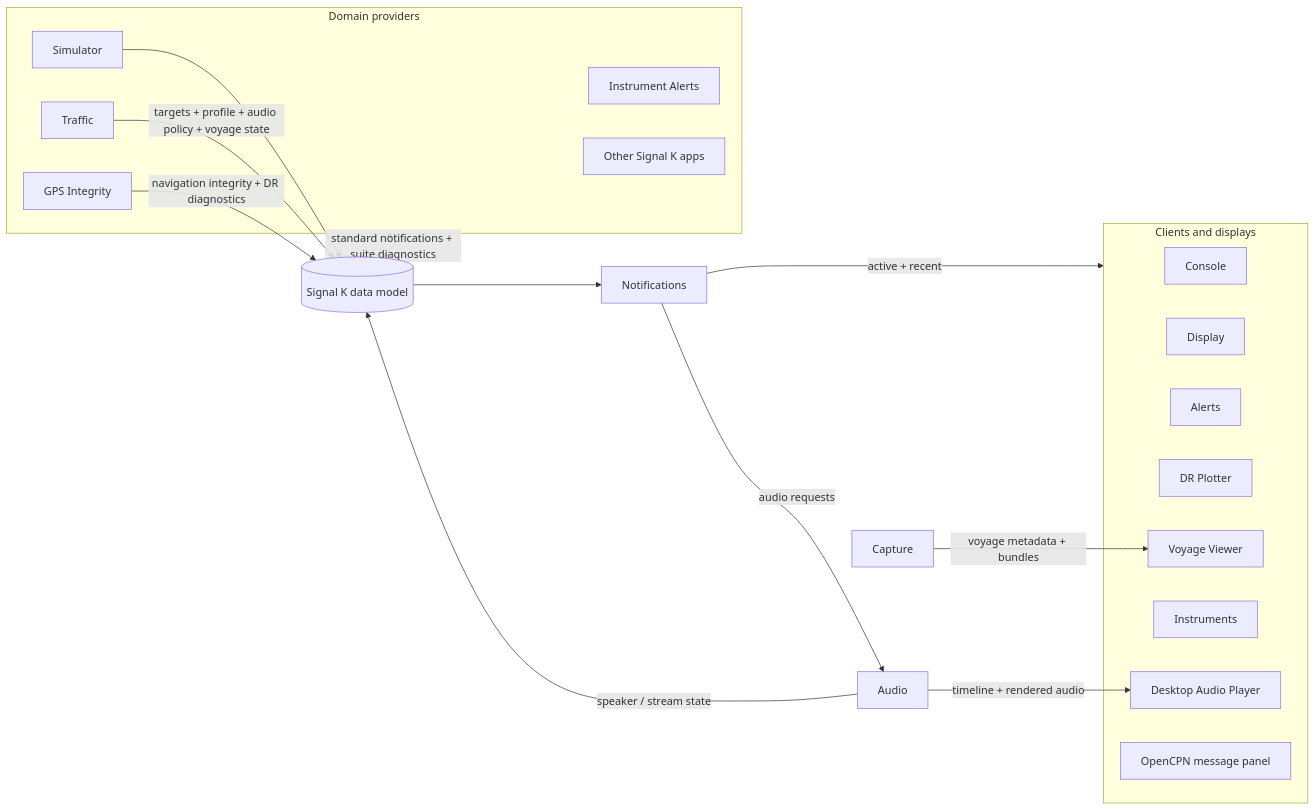
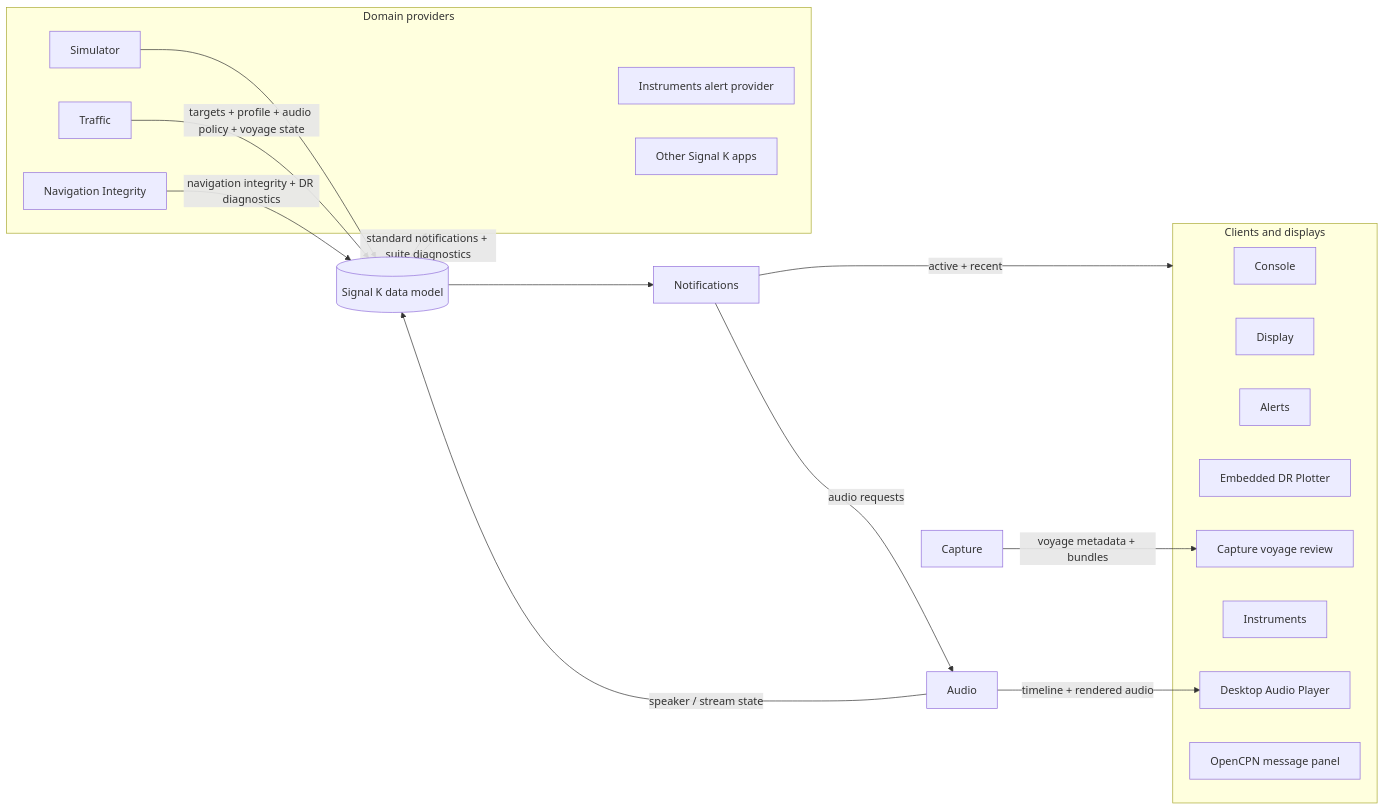
One commit to ajrm-marine-suite/ajrm-marine-architecture changed the diagram in docs/ajrm-marine-suite-architecture-2026.md. Above: the diagram before and after it, drawn with Mermaid. The commit also changed other lines of this file, not shown here.

Commit message:
Document combined navigation integrity architecture

````diff
--- a/docs/ajrm-marine-suite-architecture-2026.md
+++ b/docs/ajrm-marine-suite-architecture-2026.md
@@ -86,39 +84,39 @@
 ```mermaid
 flowchart LR
   SK[("Signal K data model")]
 
   subgraph Providers["Domain providers"]
     Traffic["Traffic"]
-    GPS["GPS Integrity"]
-    InstrAlerts["Instrument Alerts"]
+    GPS["Navigation Integrity"]
+    InstrumentSuite["Instruments alert provider"]
     Sim["Simulator"]
     Other["Other Signal K apps"]
   end
 
   Notifications["Notifications"]
   Audio["Audio"]
   Capture["Capture"]
 
   subgraph Clients["Clients and displays"]
     Console["Console"]
     Display["Display"]
     Alerts["Alerts"]
-    Plotter["DR Plotter"]
-    Viewer["Voyage Viewer"]
+    Plotter["Embedded DR Plotter"]
+    Viewer["Capture voyage review"]
     Instruments["Instruments"]
     Player["Desktop Audio Player"]
     OpenCPN["OpenCPN message panel"]
   end
 
   Sim --> SK
   SK --> Providers
   Providers -->|"standard notifications + suite diagnostics"| SK
   SK --> Notifications
   Notifications -->|"active + recent"| Clients
   Notifications -->|"audio requests"| Audio
   Audio -->|"timeline + rendered audio"| Player
   Audio -->|"speaker / stream state"| SK
   Traffic -->|"targets + profile + audio policy + voyage state"| SK
   GPS -->|"navigation integrity + DR diagnostics"| SK
   Capture -->|"voyage metadata + bundles"| Viewer
 ```
````
